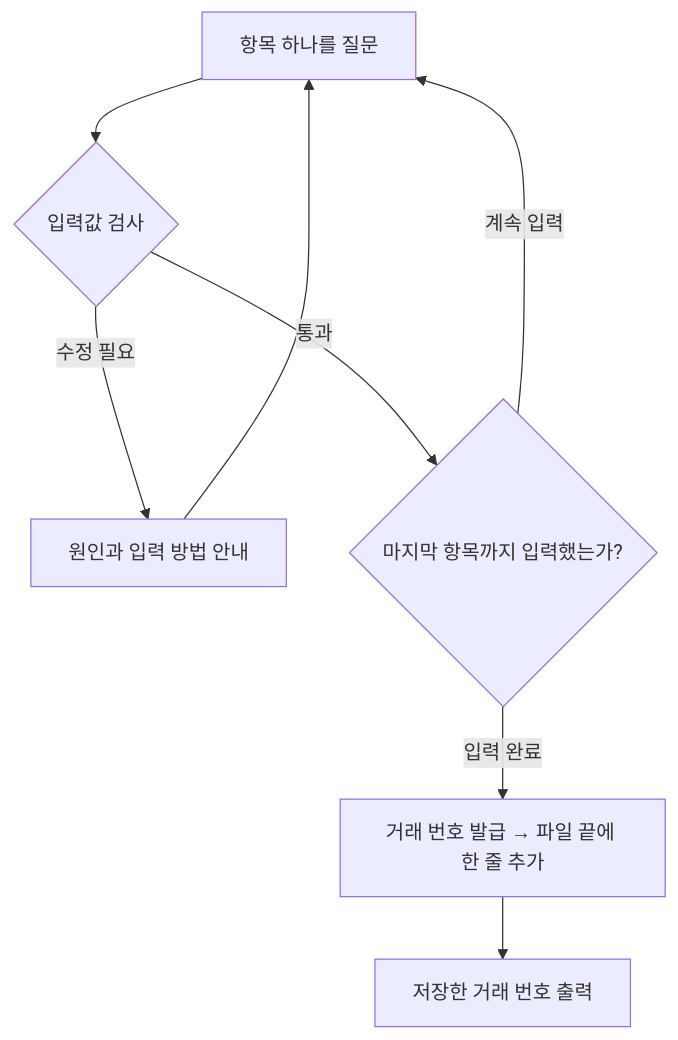
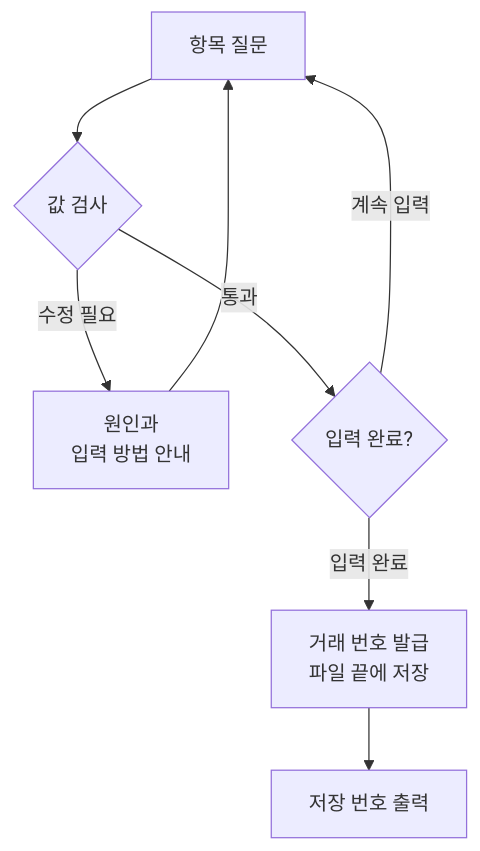
One commit to Cerhovah/Codyssey_Mission_B2-1 changed the third of 9 diagrams in README.md. Above: the diagram before and after it, drawn with Mermaid. The commit also changed other lines of this file, not shown here.

First line of the commit message:
docs: 구조도 문구와 줄바꿈을 읽기 쉽게 정리

````diff
--- a/README.md
+++ b/README.md
@@ -173,10 +173,10 @@
 ```mermaid
 flowchart TD
-    Ask["항목 하나를 질문"] --> Check{"입력값 검사"}
-    Check -->|"수정 필요"| Explain["원인과 입력 방법 안내"]
+    Ask["항목 질문"] --> Check{"값 검사"}
+    Check -->|"수정 필요"| Explain["원인과<br/>입력 방법 안내"]
     Explain --> Ask
-    Check -->|"통과"| Next{"마지막 항목까지 입력했는가?"}
+    Check -->|"통과"| Next{"입력 완료?"}
     Next -->|"계속 입력"| Ask
-    Next -->|"입력 완료"| Save["거래 번호 발급 → 파일 끝에 한 줄 추가"]
-    Save --> Result["저장한 거래 번호 출력"]
+    Next -->|"입력 완료"| Save["거래 번호 발급<br/>파일 끝에 저장"]
+    Save --> Result["저장 번호 출력"]
 ```
````
